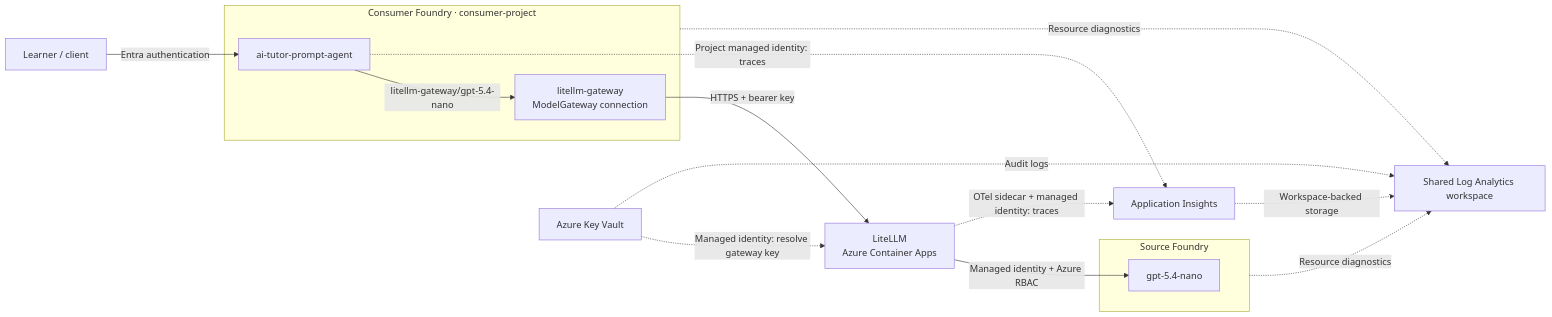
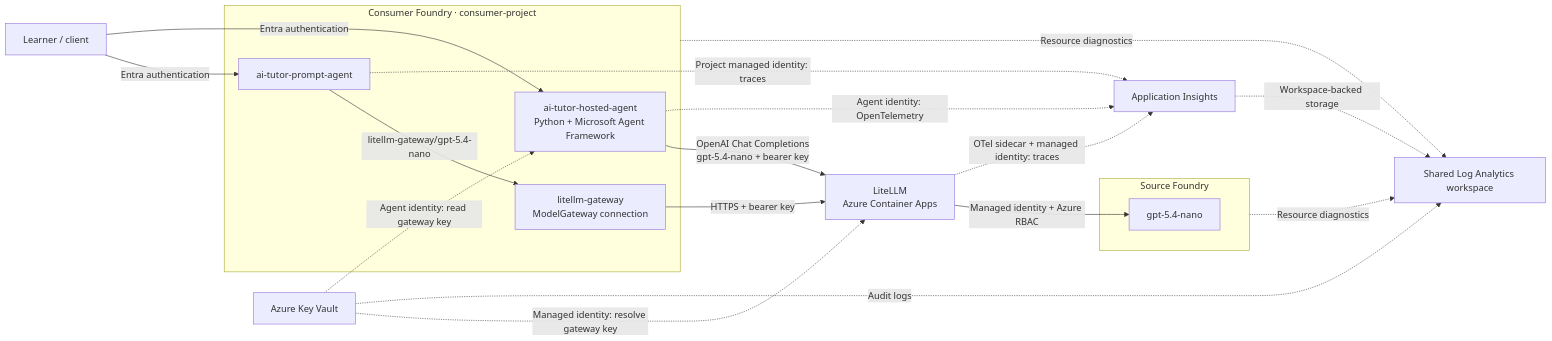
The diagram in README.md (ikhemissi/foundry-agents-with-litellm-gateway), drawn with Mermaid before and after one commit. The commit also changed other lines of this file and 14 other files, not shown here.

First line of the commit message:
feat(agents): add independent Python hosted AI tutor

````diff
--- a/README.md
+++ b/README.md
@@ -9,26 +12,31 @@
 ```mermaid
 flowchart LR
     User["Learner / client"]
     subgraph Consumer["Consumer Foundry · consumer-project"]
         Tutor["ai-tutor-prompt-agent"]
+        Hosted["ai-tutor-hosted-agent<br/>Python + Microsoft Agent Framework"]
         Connection["litellm-gateway<br/>ModelGateway connection"]
         Tutor -->|"litellm-gateway/gpt-5.4-nano"| Connection
     end
     Gateway["LiteLLM<br/>Azure Container Apps"]
     Vault["Azure Key Vault"]
     subgraph Source["Source Foundry"]
         Model["gpt-5.4-nano"]
     end
     User -->|"Entra authentication"| Tutor
+    User -->|"Entra authentication"| Hosted
     Connection -->|"HTTPS + bearer key"| Gateway
+    Hosted -->|"OpenAI Chat Completions<br/>gpt-5.4-nano + bearer key"| Gateway
+    Vault -.->|"Agent identity: read gateway key"| Hosted
     Vault -.->|"Managed identity: resolve gateway key"| Gateway
     Gateway -->|"Managed identity + Azure RBAC"| Model
     Insights["Application Insights"]
     Workspace["Shared Log Analytics workspace"]
     Tutor -.->|"Project managed identity: traces"| Insights
+    Hosted -.->|"Agent identity: OpenTelemetry"| Insights
     Gateway -.->|"OTel sidecar + managed identity: traces"| Insights
     Insights -.->|"Workspace-backed storage"| Workspace
     Consumer -.->|"Resource diagnostics"| Workspace
     Source -.->|"Resource diagnostics"| Workspace
     Vault -.->|"Audit logs"| Workspace
 ```
````
